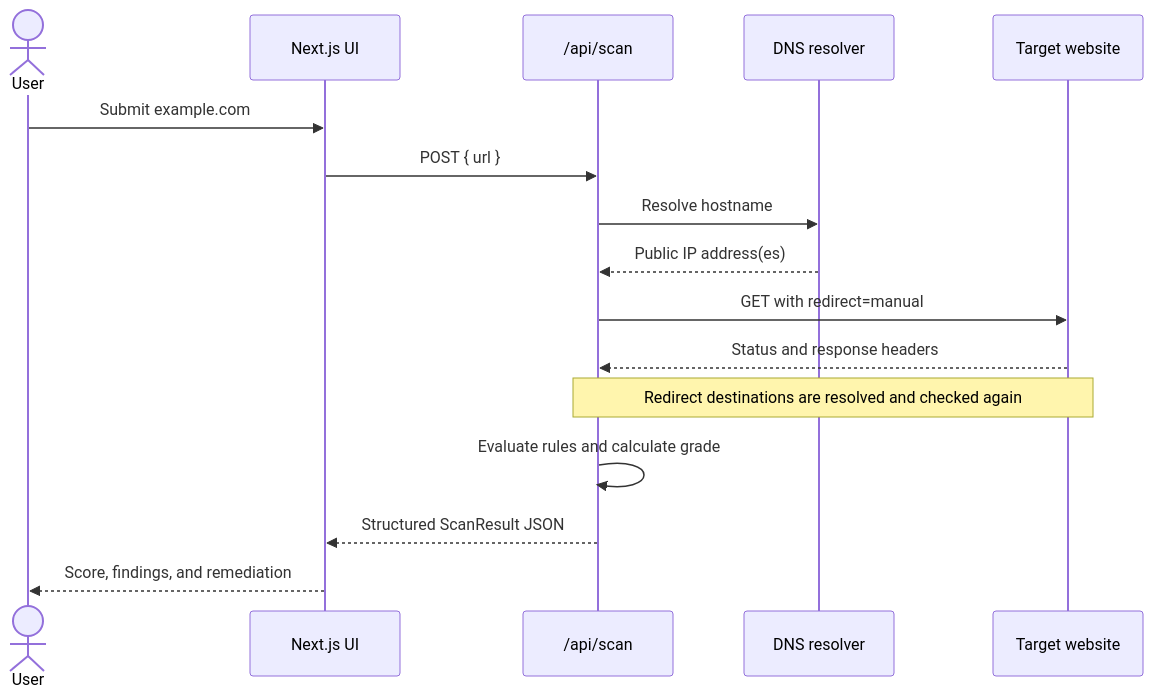
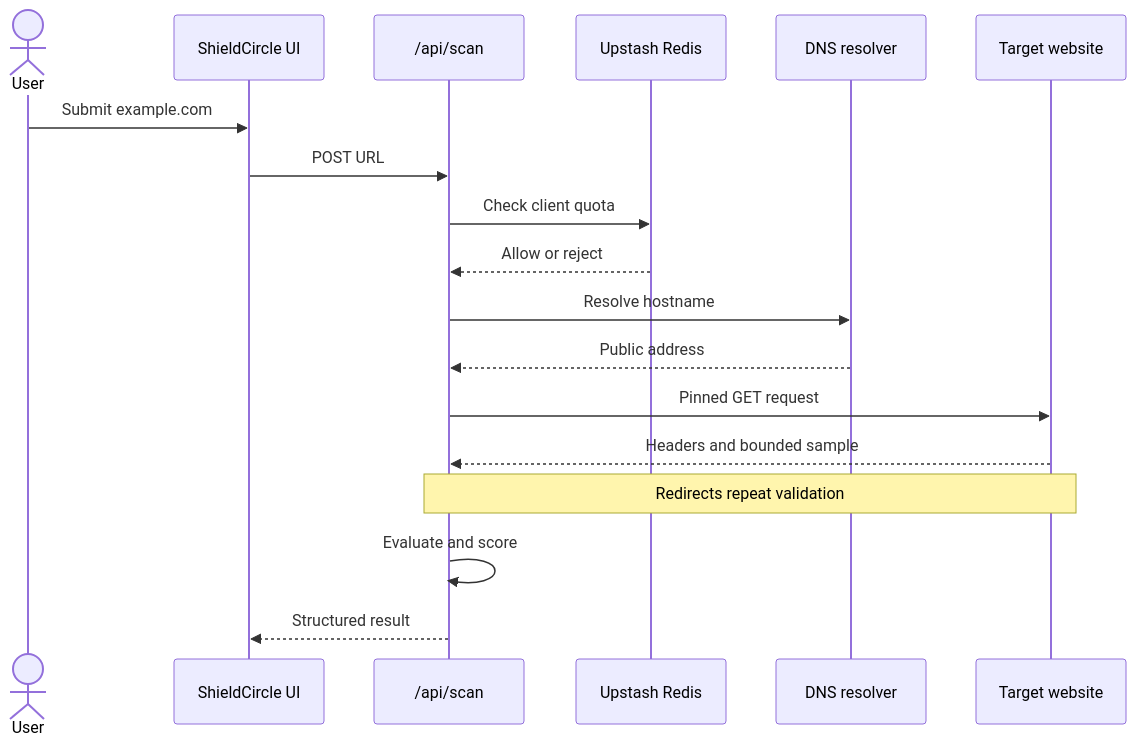
One commit to CollabCircle-Official/CollabShield changed the second of 2 diagrams in README.md. Above: the diagram before and after it, drawn with Mermaid. The commit also changed other lines of this file, not shown here.

````diff
--- a/README.md
+++ b/README.md
@@ -87,19 +78,20 @@
 ```mermaid
 sequenceDiagram
     actor User
-    participant UI as Next.js UI
+    participant UI as ShieldCircle UI
     participant API as /api/scan
+    participant Redis as Upstash Redis
     participant DNS as DNS resolver
     participant Target as Target website
-
     User->>UI: Submit example.com
-    UI->>API: POST { url }
+    UI->>API: POST URL
+    API->>Redis: Check client quota
+    Redis-->>API: Allow or reject
     API->>DNS: Resolve hostname
-    DNS-->>API: Public IP address(es)
-    API->>Target: GET with redirect=manual
-    Target-->>API: Status and response headers
-    Note over API,Target: Redirect destinations are resolved and checked again
-    API->>API: Evaluate rules and calculate grade
-    API-->>UI: Structured ScanResult JSON
-    UI-->>User: Score, findings, and remediation
+    DNS-->>API: Public address
+    API->>Target: Pinned GET request
+    Target-->>API: Headers and bounded sample
+    Note over API,Target: Redirects repeat validation
+    API->>API: Evaluate and score
+    API-->>UI: Structured result
 ```
````
